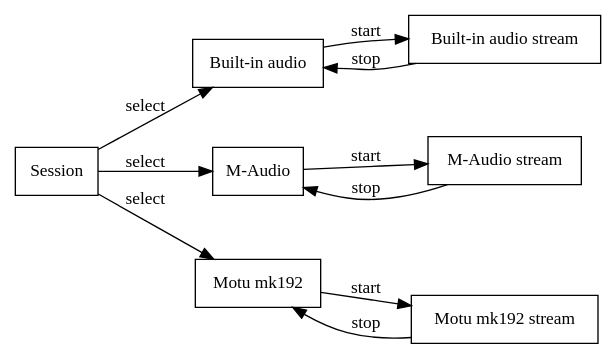
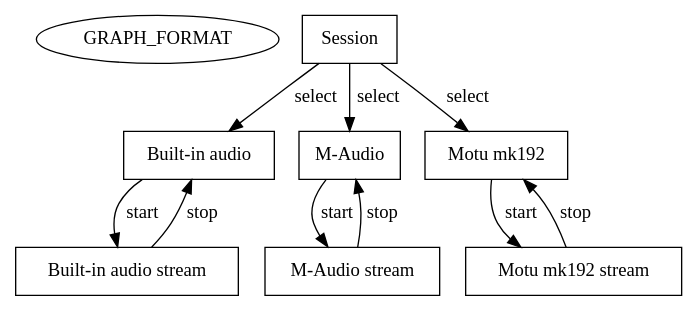
One commit to faudio/faudio changed the diagram in doc/graphs/device_states2.dot. Above: the diagram before and after it, drawn with Graphviz. The commit also changed 21 other files, not shown here.

Commit message:
- Automatic graphs in doc

```diff
--- a/doc/graphs/device_states2.dot
+++ b/doc/graphs/device_states2.dot
@@ -1,28 +1,26 @@
+
+#include "doc/graphs/header.dot"
 
 digraph graphname {
-  graph [ranksep=0.5, nodesep=0.5, rankdir=LR];
-  graph [fontname = "Futura", fontsize=13];
-  node [fontname = "Futura", fontsize=13];
-  edge [fontname = "Futura", fontsize=13];
-  
+    GRAPH_FORMAT;
 
-  Session  [shape="rect"];
-  "Built-in audio"  [shape="rect"];
-  "Built-in audio stream"  [shape="rect"];
-  "M-Audio"  [shape="rect"];
-  "M-Audio stream"  [shape="rect"];
-  "Motu mk192"  [shape="rect"];
-  "Motu mk192 stream"  [shape="rect"];
-  
-  Session -> "Built-in audio" [label = "select"];
-  "Built-in audio stream" -> "Built-in audio"  [label = "stop"];
-  "Built-in audio" -> "Built-in audio stream"  [label = "start"];
+    Session  [shape="rect"];
+    "Built-in audio"  [shape="rect"];
+    "Built-in audio stream"  [shape="rect"];
+    "M-Audio"  [shape="rect"];
+    "M-Audio stream"  [shape="rect"];
+    "Motu mk192"  [shape="rect"];
+    "Motu mk192 stream"  [shape="rect"];
 
-  Session -> "M-Audio" [label = "select"];
-  "M-Audio" -> "M-Audio stream"  [label = "start"];
-  "M-Audio stream" -> "M-Audio"  [label = "stop"];
+    Session -> "Built-in audio" [label = "select"];
+    "Built-in audio stream" -> "Built-in audio"  [label = "stop"];
+    "Built-in audio" -> "Built-in audio stream"  [label = "start"];
 
-  Session -> "Motu mk192" [label = "select"];
-  "Motu mk192" -> "Motu mk192 stream"  [label = "start"];
-  "Motu mk192 stream" -> "Motu mk192"  [label = "stop"];   
+    Session -> "M-Audio" [label = "select"];
+    "M-Audio" -> "M-Audio stream"  [label = "start"];
+    "M-Audio stream" -> "M-Audio"  [label = "stop"];
+
+    Session -> "Motu mk192" [label = "select"];
+    "Motu mk192" -> "Motu mk192 stream"  [label = "start"];
+    "Motu mk192 stream" -> "Motu mk192"  [label = "stop"];   
 }
```
